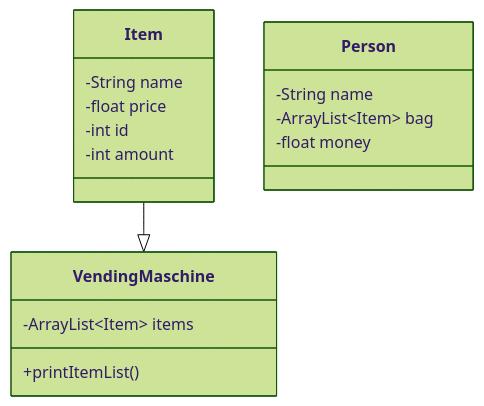
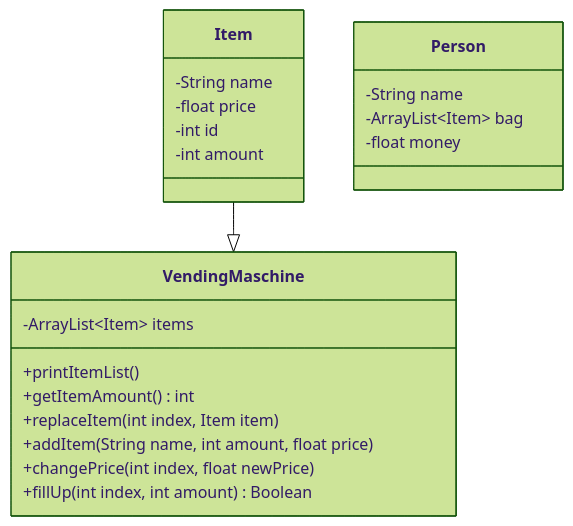
One commit to Timofey-Makhankov/Snack-Automat changed the diagram in README.md. Above: the diagram before and after it, drawn with Mermaid (forest theme). The commit also changed 2 other files, not shown here.

Commit message:
updated UML Diagram  & implemented Functions to Vending Maschine Classs

````diff
--- a/README.md
+++ b/README.md
@@ -8,22 +8,27 @@
 ```mermaid
     classDiagram
     class VendingMaschine{
         -ArrayList~Item~ items
         +printItemList()
+        +getItemAmount() int
+        +replaceItem(int index, Item item)
+        +addItem(String name, int amount, float price)
+        +changePrice(int index, float newPrice)
+        +fillUp(int index, int amount) Boolean
     }
 
     class Item {
         -String name
         -float price
         -int id
         -int amount
     }
 
     class Person {
         -String name
         -ArrayList~Item~ bag
         -float money
     }
 
     Item --|>VendingMaschine
 ```
````
